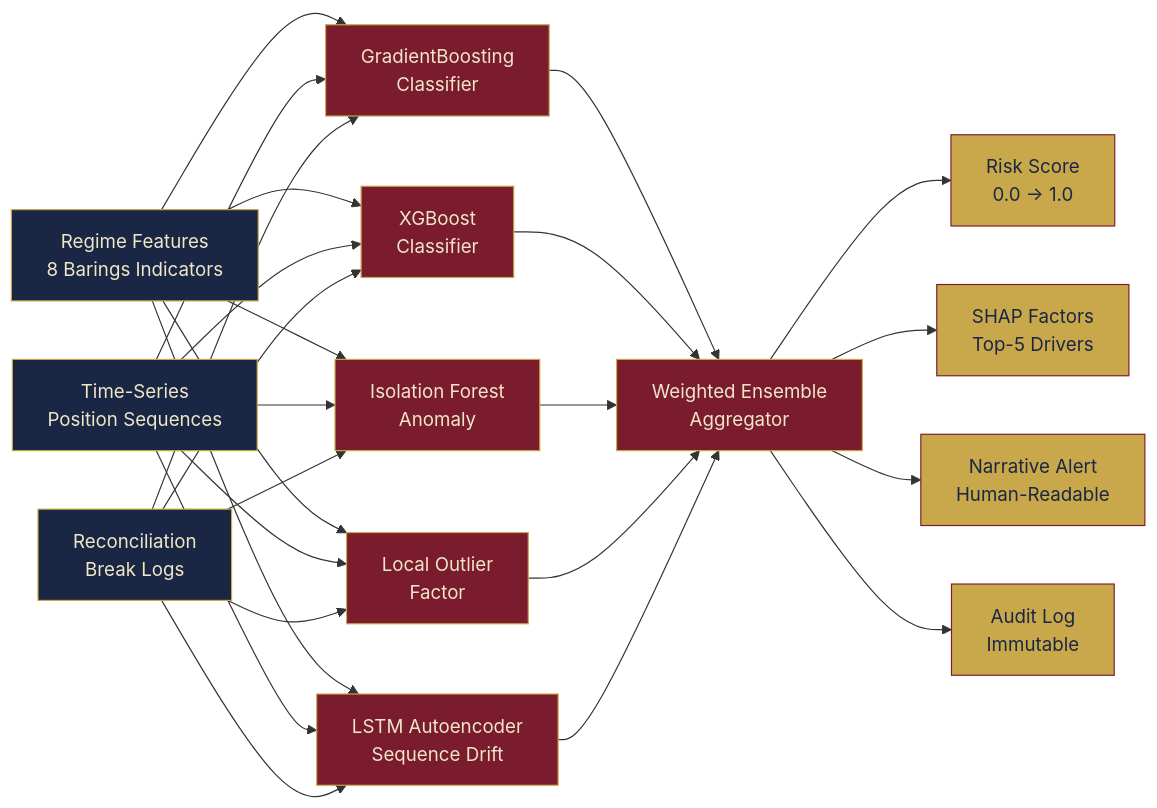
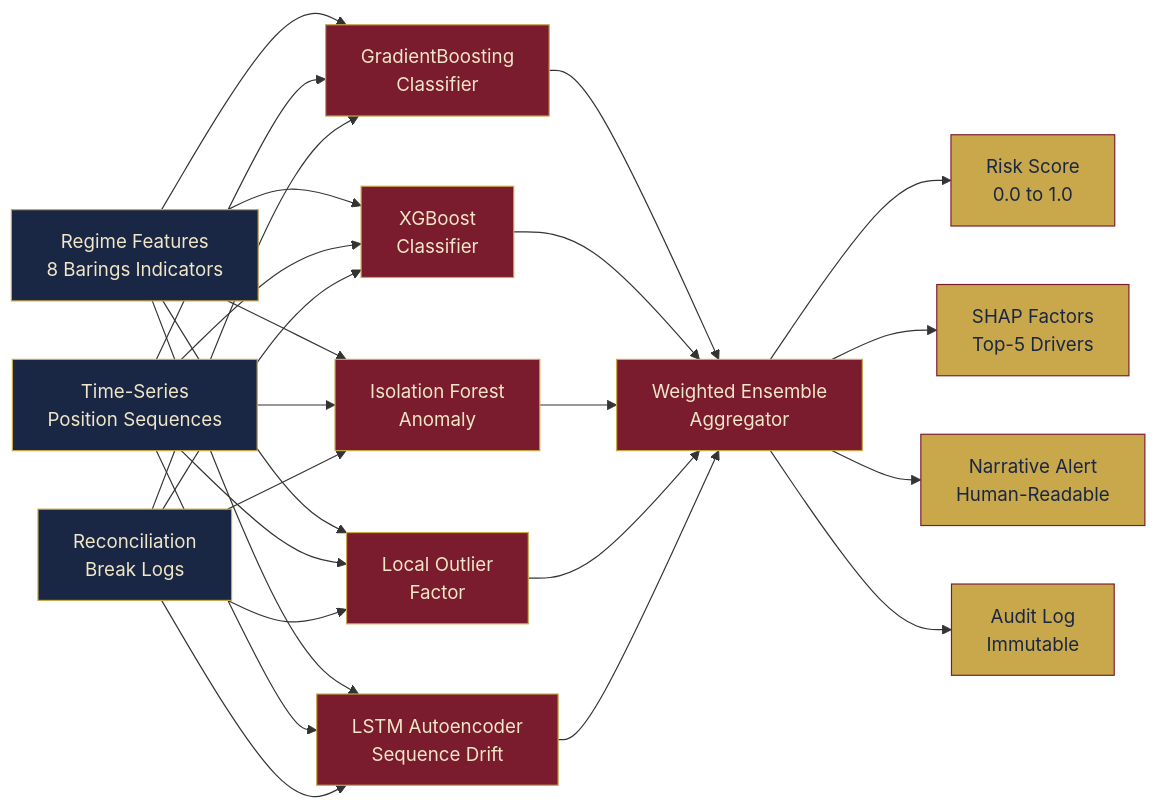
Before and after one commit to maykonlincolnusa/Barings-Bank-collapse: the second of 3 diagrams in README.md, drawn with Mermaid. The commit also changed other lines of this file, not shown here.

````diff
--- a/README.md
+++ b/README.md
@@ -398,27 +207,27 @@
 ```mermaid
 flowchart LR
     classDef input  fill:#1A2744,stroke:#C9A84C,color:#F0E6C8
     classDef model  fill:#7B1C2E,stroke:#C9A84C,color:#F0E6C8
     classDef output fill:#C9A84C,stroke:#7B1C2E,color:#1A2744
 
     I1[Regime Features\n8 Barings Indicators]:::input
     I2[Time-Series\nPosition Sequences]:::input
     I3[Reconciliation\nBreak Logs]:::input
 
     M1[GradientBoosting\nClassifier]:::model
     M2[XGBoost\nClassifier]:::model
     M3[Isolation Forest\nAnomaly]:::model
     M4[Local Outlier\nFactor]:::model
     M5[LSTM Autoencoder\nSequence Drift]:::model
 
     AGG[Weighted Ensemble\nAggregator]:::model
 
-    O1[Risk Score\n0.0 → 1.0]:::output
+    O1[Risk Score\n0.0 to 1.0]:::output
     O2[SHAP Factors\nTop-5 Drivers]:::output
     O3[Narrative Alert\nHuman-Readable]:::output
     O4[Audit Log\nImmutable]:::output
 
     I1 & I2 & I3 --> M1 & M2 & M3 & M4 & M5
     M1 & M2 & M3 & M4 & M5 --> AGG
     AGG --> O1 & O2 & O3 & O4
 ```
````
